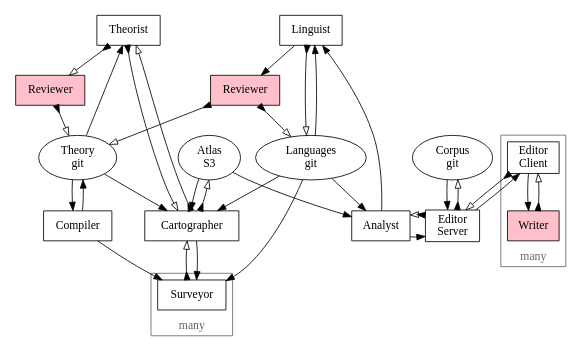
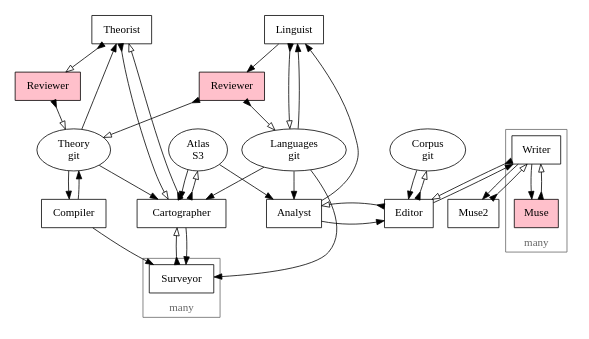
One commit to fritzo/pomagma changed the diagram in doc/architecture.dot. Above: the diagram before and after it, drawn with Graphviz. The commit also changed 2 other files, not shown here.

Commit message:
Use editor/writer/muse language in architecture diagram

```diff
--- a/doc/architecture.dot
+++ b/doc/architecture.dot
@@ -1,105 +1,115 @@
 digraph G {
     overlap=false;
     size="5,5";
     node [shape=box];
 
 
     //subgraph cluster_legend {
     //    rank="max";
     //    Human [style=filled, fillcolor=pink];
     //    Data [shape=ellipse];
     //}
 
     {
         rank="min";
         Theorist;
         Linguist;
     }
     {
         //rank="max";
         node [style=filled, fillcolor=pink];
         TheoryReviewer [label="Reviewer"];
         LanguagesReviewer [label="Reviewer"];
     }
     {
         node [shape=ellipse];
         rank = "same";
         Languages [label="Languages\ngit"];
         Theory [label="Theory\ngit"];
         Atlas [label="Atlas\nS3"];
         Corpus [label="Corpus\ngit"];
     }
     Compiler;
     {
         rank = "same";
         Cartographer;
         Analyst;
-        EditorServer [label="Editor\nServer"];
+        Editor;
     }
 
     subgraph cluster_survey {
         Surveyor;
 
         color = "#666666";
         fontcolor = "#666666";
         label = "many";
         labelloc = "b";
     }
 
-    subgraph cluster_edit {
-        EditorClient [label="Editor\nClient"];
-        Writer [style=filled, fillcolor=pink];
+    subgraph cluster_write {
+        Writer;
+        Muse1 [label="Muse" style=filled, fillcolor=pink];
+
+        //subgraph cluster_muses {
+        //    Muse2 [label="Muse"];
+        //    color = "#666666";
+        //    fontcolor = "#666666";
+        //    label = "many";
+        //    labelloc = "b";
+        //}
 
         color = "#666666";
         fontcolor = "#666666";
         label = "many";
         labelloc = "b";
     }
 
 
     // Workflow: Compile
     edge [dir=forward arrowhead=normal]; // pull
     Theory -> Compiler;
     Compiler -> Surveyor;
     Compiler -> Theory;
 
     // Workflow: Explore
     edge [dir=forward arrowhead=normal]; // pull
     Theory -> Cartographer;
     Atlas -> Cartographer;
     Theory -> Theorist;
     Languages -> Cartographer;
     Languages -> Surveyor;
     Cartographer -> Surveyor;
     edge [dir=both arrowtail=inv arrowhead=empty]; // push
     Surveyor -> Cartographer;
     Cartographer -> Atlas;
     Cartographer -> Theorist;
     TheoryReviewer -> Theory;
     Theorist -> Cartographer;
     Theorist -> TheoryReviewer;
 
-    // Workflow: Edit
+    // Workflow: Write
     edge [dir=forward arrowhead=normal]; // pull
     Atlas -> Analyst;
     Languages -> Analyst;
-    Corpus -> EditorServer;
-    Analyst -> EditorServer;
-    EditorServer -> EditorClient;
-    EditorClient -> Writer;
+    Corpus -> Editor;
+    Analyst -> Editor;
+    Editor -> Writer;
+    Writer -> Muse1;
+    Writer -> Muse2;
     edge [dir=both arrowtail=inv arrowhead=empty]; // push
-    EditorServer -> Corpus;
-    EditorServer -> Analyst;
-    EditorClient -> EditorServer;
-    Writer -> EditorClient;
+    Editor -> Corpus;
+    Editor -> Analyst;
+    Writer -> Editor;
+    Muse1 -> Writer;
+    Muse2 -> Writer;
 
     // Workflow: Fit Language
     edge [dir=forward arrowhead=normal]; // pull
     Analyst -> Linguist;
     Languages -> Linguist;
     Linguist -> LanguagesReviewer;
     edge [dir=both arrowtail=inv arrowhead=empty]; // push
     Linguist -> Languages;
     LanguagesReviewer -> Languages;
     LanguagesReviewer -> Theory;
 }
```
